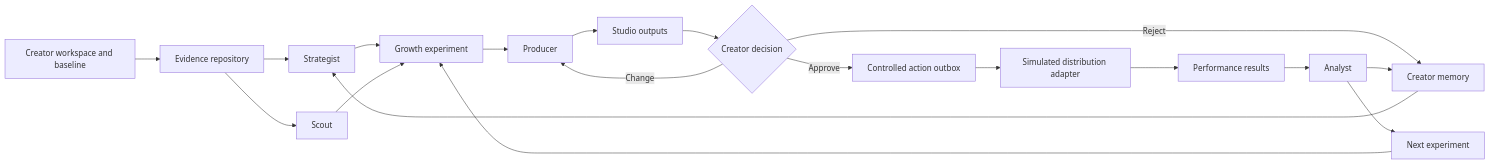
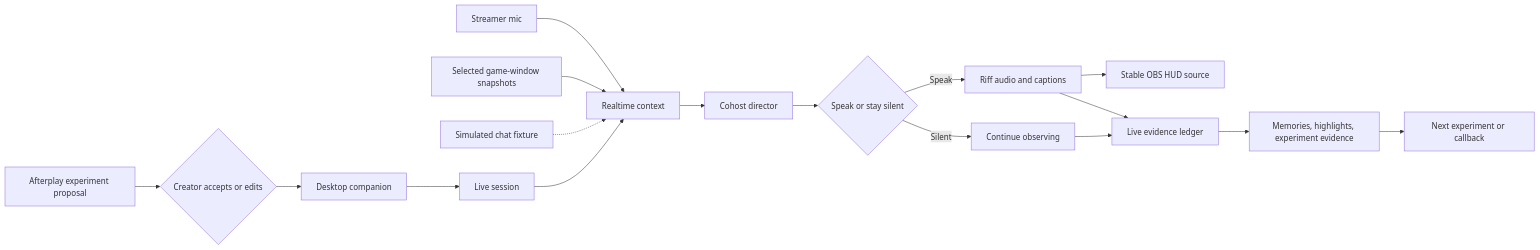
Before and after one commit to AarneshKhaitan/Afterplay: the diagram in docs/architecture/ARCHITECTURE.md, drawn with Mermaid. The commit also changed other lines of this file and 104 other files, not shown here.

Commit message:
feat: add Riff live cohost and submission assets

````diff
--- a/docs/architecture/ARCHITECTURE.md
+++ b/docs/architecture/ARCHITECTURE.md
@@ -11,21 +11,19 @@
 ```mermaid
 flowchart LR
-    A["Creator workspace and baseline"] --> B["Evidence repository"]
-    B --> C["Strategist"]
-    C --> D["Growth experiment"]
-    B --> E["Scout"]
-    E --> D
-    D --> F["Producer"]
-    F --> G["Studio outputs"]
-    G --> H{"Creator decision"}
-    H -->|Change| F
-    H -->|Reject| I["Creator memory"]
-    H -->|Approve| J["Controlled action outbox"]
-    J --> K["Simulated distribution adapter"]
-    K --> L["Performance results"]
-    L --> M["Analyst"]
-    M --> I
-    M --> N["Next experiment"]
-    I --> C
-    N --> D
+    A["Afterplay experiment proposal"] --> B{"Creator accepts or edits"}
+    B --> C["Desktop companion"]
+    C --> D["Live session"]
+    E["Streamer mic"] --> H["Realtime context"]
+    F["Selected game-window snapshots"] --> H
+    G["Simulated chat fixture"] -.-> H
+    D --> H
+    H --> I["Cohost director"]
+    I --> J{"Speak or stay silent"}
+    J -->|Speak| K["Riff audio and captions"]
+    J -->|Silent| L["Continue observing"]
+    K --> M["Stable OBS HUD source"]
+    K --> N["Live evidence ledger"]
+    L --> N
+    N --> O["Memories, highlights, experiment evidence"]
+    O --> P["Next experiment or callback"]
 ```
````
